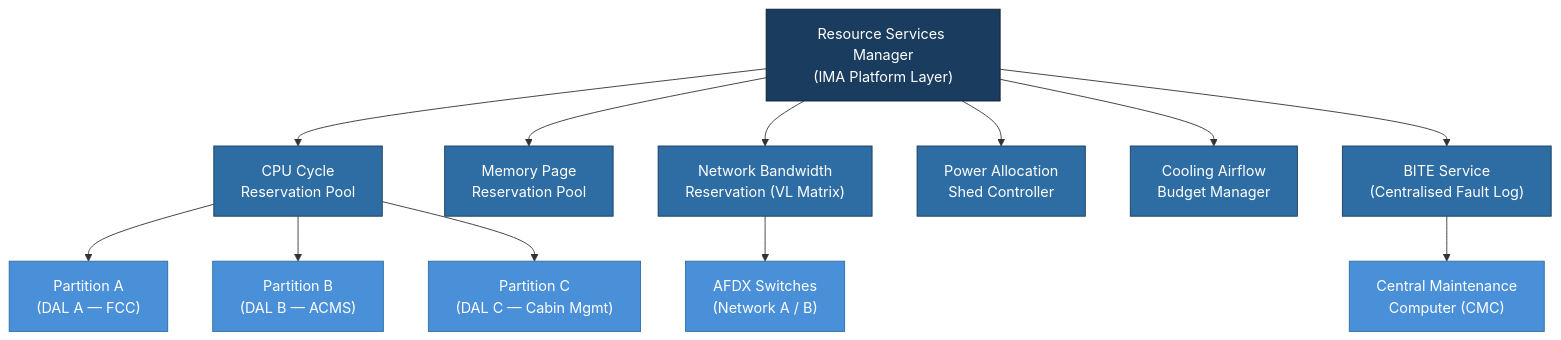
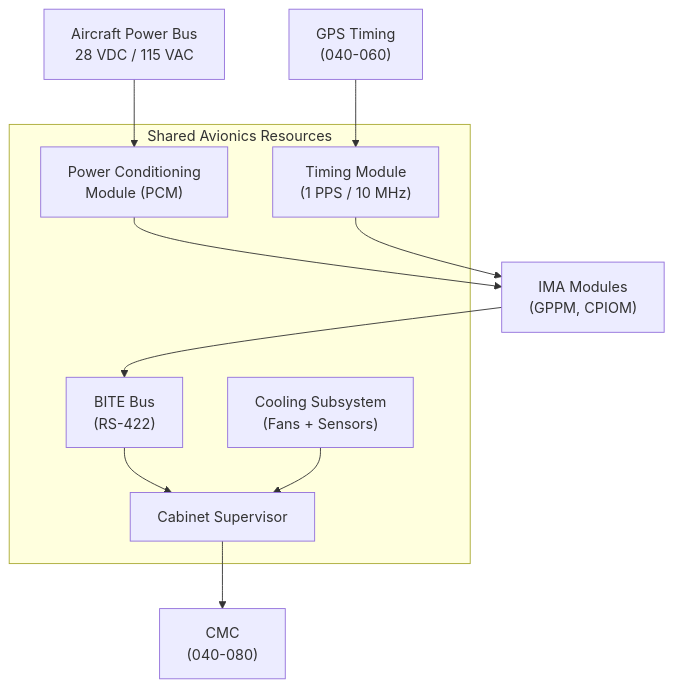
The first of 3 diagrams in Q+ATLANTIDE/000-099_ATLAS/040-049_Avionica-Informacion-y-APU/040_Multisystem/040-050-Shared-Avionics-Resources-and-Services.md (AmedeoPelliccia/Qplus-For-All-Queer-People-and-Quantum), drawn with Mermaid before and after one commit. The commit also changed other lines of this file and 6 other files, not shown here.

````diff
--- a/Q+ATLANTIDE/000-099_ATLAS/040-049_Avionica-Informacion-y-APU/040_Multisystem/040-050-Shared-Avionics-Resources-and-Services.md
+++ b/Q+ATLANTIDE/000-099_ATLAS/040-049_Avionica-Informacion-y-APU/040_Multisystem/040-050-Shared-Avionics-Resources-and-Services.md
@@ -66,25 +141,19 @@
 ```mermaid
-flowchart TD
-    RSM["Resource Services Manager\n(IMA Platform Layer)"]
+graph TB
+    subgraph SharedResources["Shared Avionics Resources"]
+        PCM["Power Conditioning\nModule (PCM)"]
+        COOL["Cooling Subsystem\n(Fans + Sensors)"]
+        BITE_BUS["BITE Bus\n(RS-422)"]
+        TIMING["Timing Module\n(1 PPS / 10 MHz)"]
+        SUPERVISOR["Cabinet Supervisor"]
+    end
+    AircraftPWR["Aircraft Power Bus\n28 VDC / 115 VAC"]
+    GPS["GPS Timing\n(040-060)"]
+    IMA_MODULES["IMA Modules\n(GPPM, CPIOM)"]
+    CMC["CMC\n(040-080)"]
 
-    RSM --> CPU_RES["CPU Cycle\nReservation Pool"]
-    RSM --> MEM_RES["Memory Page\nReservation Pool"]
-    RSM --> BW_RES["Network Bandwidth\nReservation (VL Matrix)"]
-    RSM --> PWR_RES["Power Allocation\nShed Controller"]
-    RSM --> COOL_RES["Cooling Airflow\nBudget Manager"]
-    RSM --> BITE_SVC["BITE Service\n(Centralised Fault Log)"]
-
-    CPU_RES --> P_A["Partition A\n(DAL A — FCC)"]
-    CPU_RES --> P_B["Partition B\n(DAL B — ACMS)"]
-    CPU_RES --> P_C["Partition C\n(DAL C — Cabin Mgmt)"]
-
-    BW_RES --> AFDX["AFDX Switches\n(Network A / B)"]
-    BITE_SVC --> CMC["Central Maintenance\nComputer (CMC)"]
-
-    classDef manager fill:#1a3c5e,color:#fff,stroke:#0d2137
-    classDef resource fill:#2e6da4,color:#fff,stroke:#1a3c5e
-    classDef consumer fill:#4a90d9,color:#fff,stroke:#2e6da4
-    class RSM manager
-    class CPU_RES,MEM_RES,BW_RES,PWR_RES,COOL_RES,BITE_SVC resource
-    class P_A,P_B,P_C,AFDX,CMC consumer
+    AircraftPWR --> PCM --> IMA_MODULES
+    GPS --> TIMING --> IMA_MODULES
+    IMA_MODULES --> BITE_BUS --> SUPERVISOR --> CMC
+    COOL --> SUPERVISOR
 ```
````
